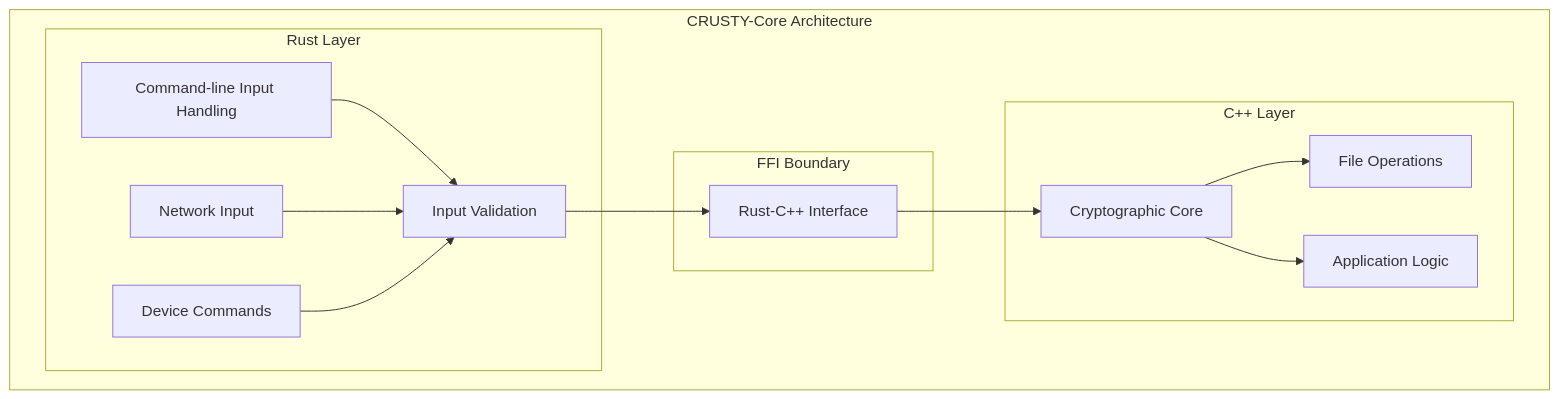
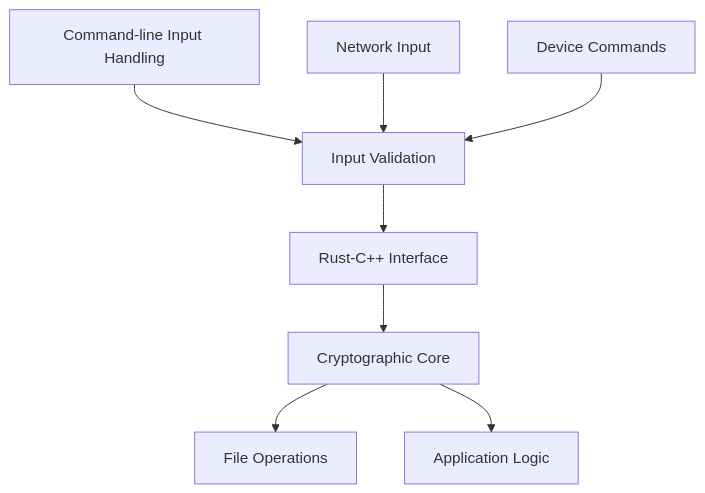
Before and after one commit to shahern004/CRUSTy-Core: the first of 7 diagrams in Documentation/CRUSTY-Core_System_Design.md, drawn with Mermaid. The commit also changed other lines of this file, not shown here.

Commit message:
Fix Mermaid diagrams in system design document to resolve rendering issues

````diff
--- a/Documentation/CRUSTY-Core_System_Design.md
+++ b/Documentation/CRUSTY-Core_System_Design.md
@@ -22,29 +22,27 @@
 ```mermaid
 graph TD
-    subgraph "CRUSTY-Core Architecture"
-        subgraph "Rust Layer"
-            A[Command-line Input Handling]
-            B[Network Input]
-            C[Device Commands]
-            D[Input Validation]
-        end
-        
-        subgraph "C++ Layer"
-            E[Cryptographic Core]
-            F[File Operations]
-            G[Application Logic]
-        end
-        
-        subgraph "FFI Boundary"
-            H[Rust-C++ Interface]
-        end
-        
-        A --> D
-        B --> D
-        C --> D
-        D --> H
-        H --> E
-        E --> F
-        E --> G
-    end
+    %% CRUSTY-Core Architecture
+    
+    %% Rust Layer
+    A[Command-line Input Handling]
+    B[Network Input]
+    C[Device Commands]
+    D[Input Validation]
+    
+    %% C++ Layer
+    E[Cryptographic Core]
+    F[File Operations]
+    G[Application Logic]
+    
+    %% FFI Boundary
+    H[Rust-C++ Interface]
+    
+    %% Connections
+    A --> D
+    B --> D
+    C --> D
+    D --> H
+    H --> E
+    E --> F
+    E --> G
 ```
````
